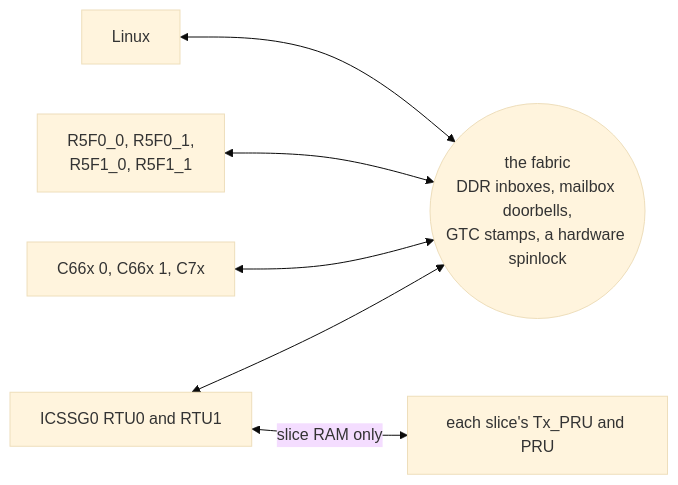
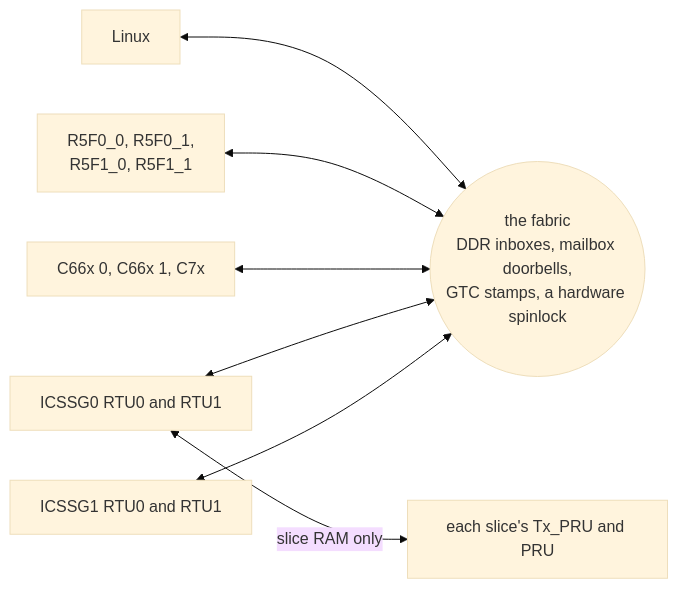
Before and after one commit to kevinacahalan/BeagleBoneAI64-linux-zephyr-pru-c7x-c66x-demo: the second of 2 diagrams in README.md, drawn with Mermaid (base theme). The commit also changed other lines of this file and 6 other files, not shown here.

````diff
--- a/README.md
+++ b/README.md
@@ -122,9 +156,10 @@
 ```mermaid
 flowchart LR
   fab(("the fabric<br/>DDR inboxes, mailbox doorbells,<br/>GTC stamps, a hardware spinlock"))
   l["Linux"] <--> fab
   z["R5F0_0, R5F0_1,<br/>R5F1_0, R5F1_1"] <--> fab
   d["C66x 0, C66x 1, C7x"] <--> fab
   p["ICSSG0 RTU0 and RTU1"] <--> fab
   p <-->|"slice RAM only"| rt["each slice's Tx_PRU and PRU"]
+  g1r["ICSSG1 RTU0 and RTU1"] <--> fab
 ```
````
